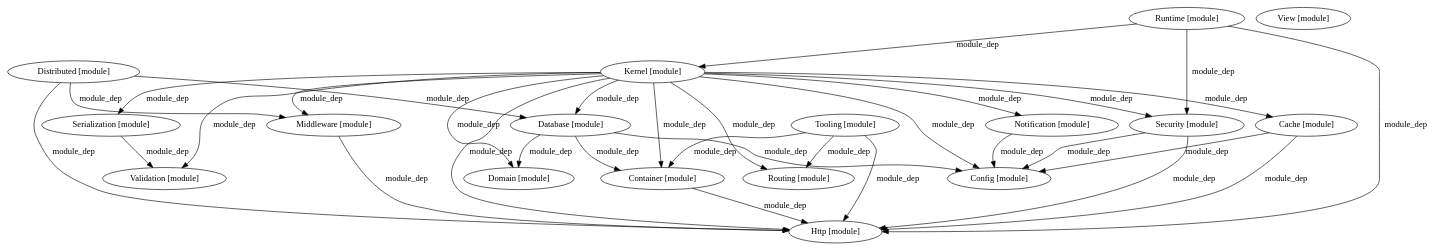
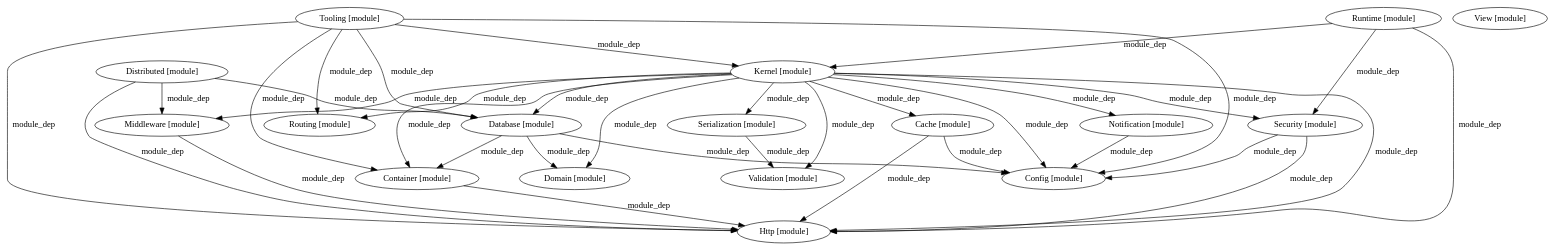
The diagram in docs/module-dependency-graph.dot (jgarcias-cr/celeris), drawn with Graphviz before and after one commit. The commit also changed 4 other files, not shown here.

```diff
--- a/docs/module-dependency-graph.dot
+++ b/docs/module-dependency-graph.dot
@@ -1,52 +1,55 @@
 // Generated from: php packages/framework/bin/celeris graph --format=dot
 digraph celeris_dependencies {
   Cache [label="Cache [module]"];
   Config [label="Config [module]"];
   Container [label="Container [module]"];
   Database [label="Database [module]"];
   Distributed [label="Distributed [module]"];
   Domain [label="Domain [module]"];
   Http [label="Http [module]"];
   Kernel [label="Kernel [module]"];
   Middleware [label="Middleware [module]"];
   Notification [label="Notification [module]"];
   Routing [label="Routing [module]"];
   Runtime [label="Runtime [module]"];
   Security [label="Security [module]"];
   Serialization [label="Serialization [module]"];
   Tooling [label="Tooling [module]"];
   Validation [label="Validation [module]"];
   View [label="View [module]"];
   Cache -> Config [label="module_dep"];
   Cache -> Http [label="module_dep"];
   Container -> Http [label="module_dep"];
   Database -> Config [label="module_dep"];
   Database -> Container [label="module_dep"];
   Database -> Domain [label="module_dep"];
   Distributed -> Database [label="module_dep"];
   Distributed -> Http [label="module_dep"];
   Distributed -> Middleware [label="module_dep"];
   Kernel -> Cache [label="module_dep"];
   Kernel -> Config [label="module_dep"];
   Kernel -> Container [label="module_dep"];
   Kernel -> Database [label="module_dep"];
   Kernel -> Domain [label="module_dep"];
   Kernel -> Http [label="module_dep"];
   Kernel -> Middleware [label="module_dep"];
   Kernel -> Notification [label="module_dep"];
   Kernel -> Routing [label="module_dep"];
   Kernel -> Security [label="module_dep"];
   Kernel -> Serialization [label="module_dep"];
   Kernel -> Validation [label="module_dep"];
   Middleware -> Http [label="module_dep"];
   Notification -> Config [label="module_dep"];
   Runtime -> Http [label="module_dep"];
   Runtime -> Kernel [label="module_dep"];
   Runtime -> Security [label="module_dep"];
   Security -> Config [label="module_dep"];
   Security -> Http [label="module_dep"];
   Serialization -> Validation [label="module_dep"];
+  Tooling -> Config [label="module_dep"];
   Tooling -> Container [label="module_dep"];
+  Tooling -> Database [label="module_dep"];
   Tooling -> Http [label="module_dep"];
+  Tooling -> Kernel [label="module_dep"];
   Tooling -> Routing [label="module_dep"];
 }
```
